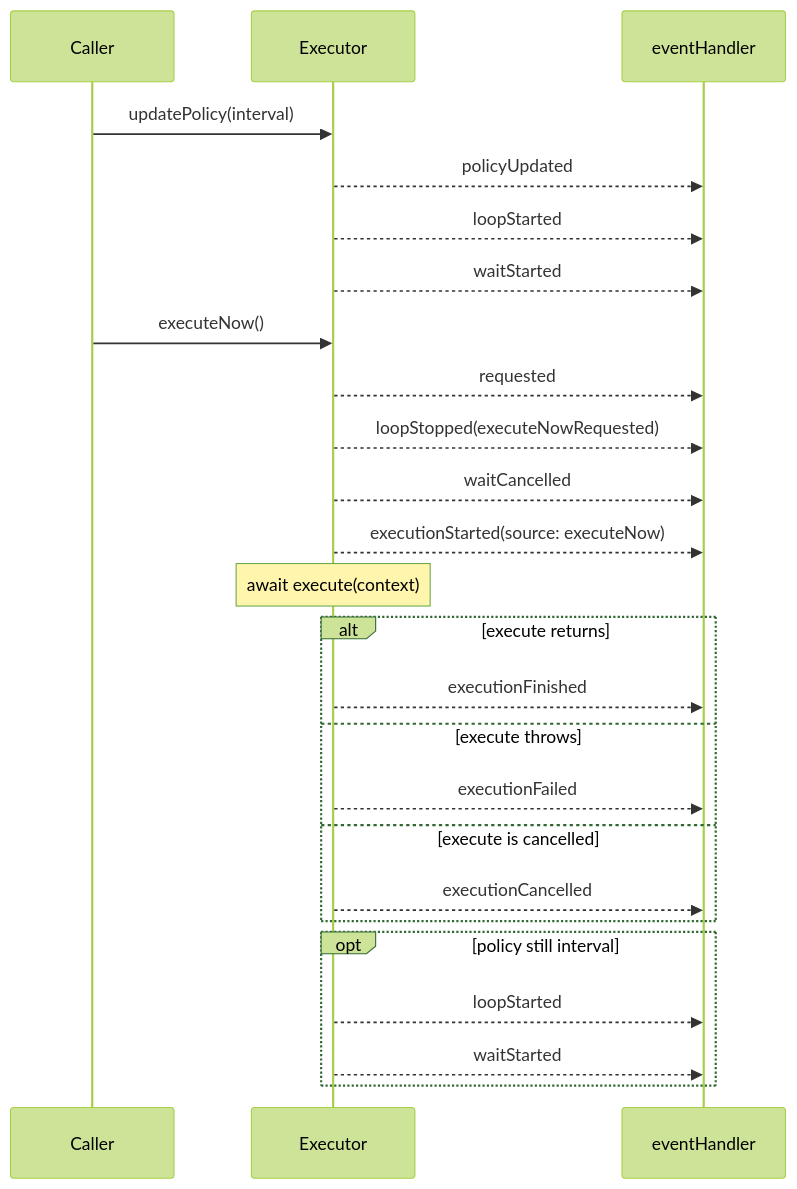
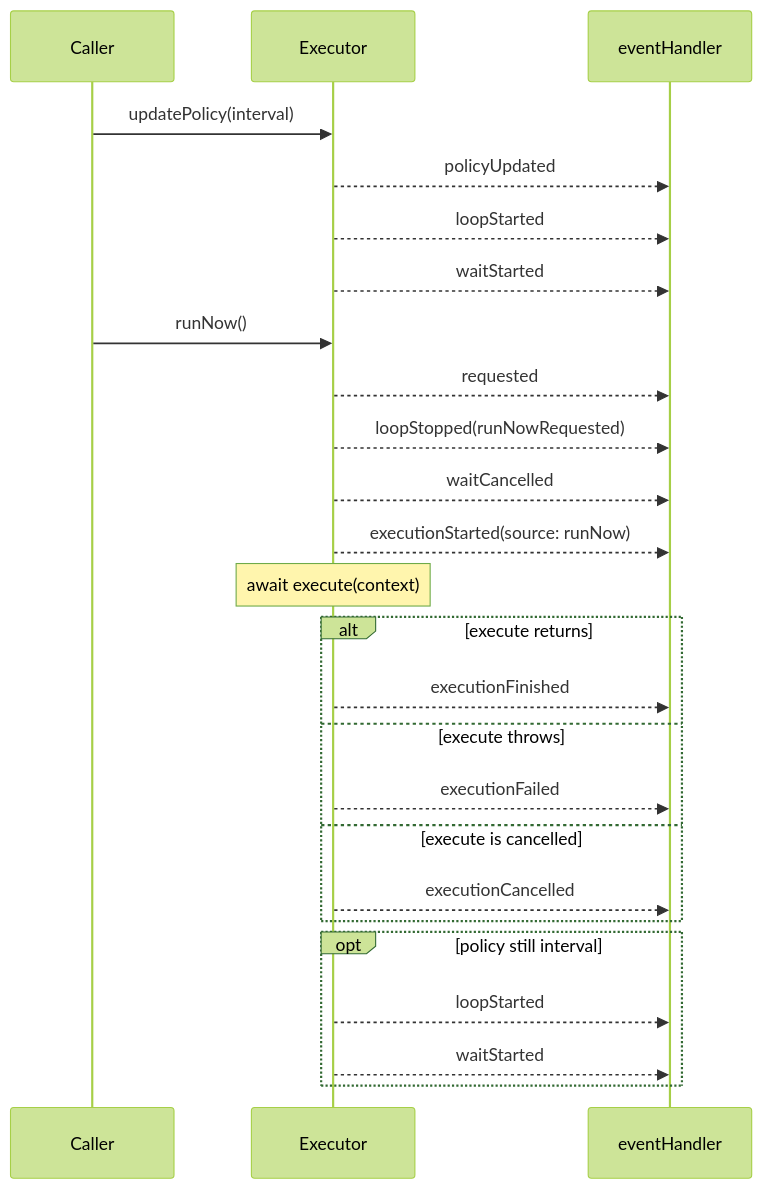
One commit to shensven/swift-sequential-executor changed the second of 2 diagrams in README.md. Above: the diagram before and after it, drawn with Mermaid (forest theme). The commit also changed other lines of this file and 5 other files, not shown here.

Commit message:
refactor: rename executeNow() to runNow() for consistency

````diff
--- a/README.md
+++ b/README.md
@@ -186,31 +186,31 @@
 ```mermaid
 sequenceDiagram
     participant Caller
     participant Executor
     participant Observer as eventHandler
 
     Caller->>Executor: updatePolicy(interval)
     Executor-->>Observer: policyUpdated
     Executor-->>Observer: loopStarted
     Executor-->>Observer: waitStarted
 
-    Caller->>Executor: executeNow()
+    Caller->>Executor: runNow()
     Executor-->>Observer: requested
-    Executor-->>Observer: loopStopped(executeNowRequested)
+    Executor-->>Observer: loopStopped(runNowRequested)
     Executor-->>Observer: waitCancelled
-    Executor-->>Observer: executionStarted(source: executeNow)
+    Executor-->>Observer: executionStarted(source: runNow)
     Note over Executor: await execute(context)
 
     alt execute returns
         Executor-->>Observer: executionFinished
     else execute throws
         Executor-->>Observer: executionFailed
     else execute is cancelled
         Executor-->>Observer: executionCancelled
     end
 
     opt policy still interval
         Executor-->>Observer: loopStarted
         Executor-->>Observer: waitStarted
     end
 ```
````
